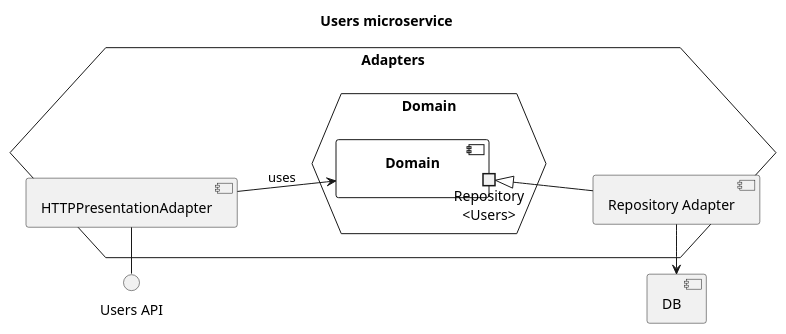
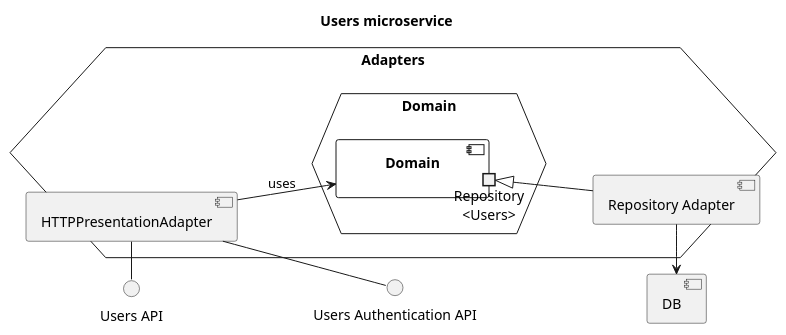
The diagram in doc/diagrams/src/users-components.puml (Ventus218/SAP-assignment-02), drawn with PlantUML before and after one commit.

```diff
--- a/doc/diagrams/src/users-components.puml
+++ b/doc/diagrams/src/users-components.puml
@@ -1,27 +1,31 @@
-@startuml Users-users-components
+@startuml users-components
 
 title "Users microservice"
 
 left to right direction
 
 component "DB"
 interface "Users API" as UsersAPI
+interface "Users Authentication API" as UsersAuthAPI
 
 hexagon Adapters {
     hexagon Domain as DomainHex {
         component Domain {
             portout "Repository\n<Users>" as Repo
 
         }
     }
 
     component "Repository Adapter" as RepoAdapter
     RepoAdapter -u-|> Repo
     RepoAdapter -l-> DB
 
     component "HTTPPresentationAdapter" as HTTPAdapter
     HTTPAdapter -d-> Domain : uses
-    HTTPAdapter -l-() UsersAPI
+    HTTPAdapter -() UsersAPI
+    HTTPAdapter -() UsersAuthAPI
+    ' just for layout
+    UsersAPI -[hidden]-> UsersAuthAPI
 }
 
 @enduml
```
